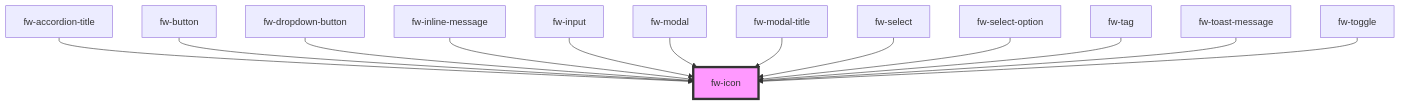
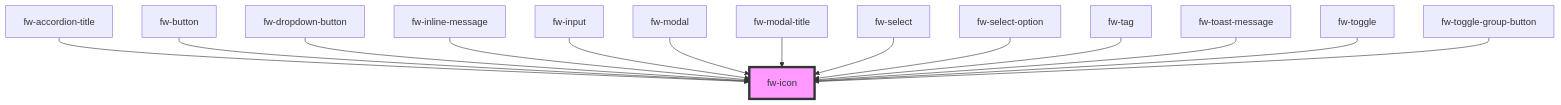
Before and after one commit to freshworks/crayons: the diagram in packages/crayons-core/src/components/icon/readme.md, drawn with Mermaid. The commit also changed other lines of this file and 2 other files, not shown here.

Commit message:
docs(toggle-group): documentation readme update

````diff
--- a/packages/crayons-core/src/components/icon/readme.md
+++ b/packages/crayons-core/src/components/icon/readme.md
@@ -76,16 +77,17 @@
 ```mermaid
 graph TD;
   fw-accordion-title --> fw-icon
   fw-button --> fw-icon
   fw-dropdown-button --> fw-icon
   fw-inline-message --> fw-icon
   fw-input --> fw-icon
   fw-modal --> fw-icon
   fw-modal-title --> fw-icon
   fw-select --> fw-icon
   fw-select-option --> fw-icon
   fw-tag --> fw-icon
   fw-toast-message --> fw-icon
   fw-toggle --> fw-icon
+  fw-toggle-group-button --> fw-icon
   style fw-icon fill:#f9f,stroke:#333,stroke-width:4px
 ```
````
